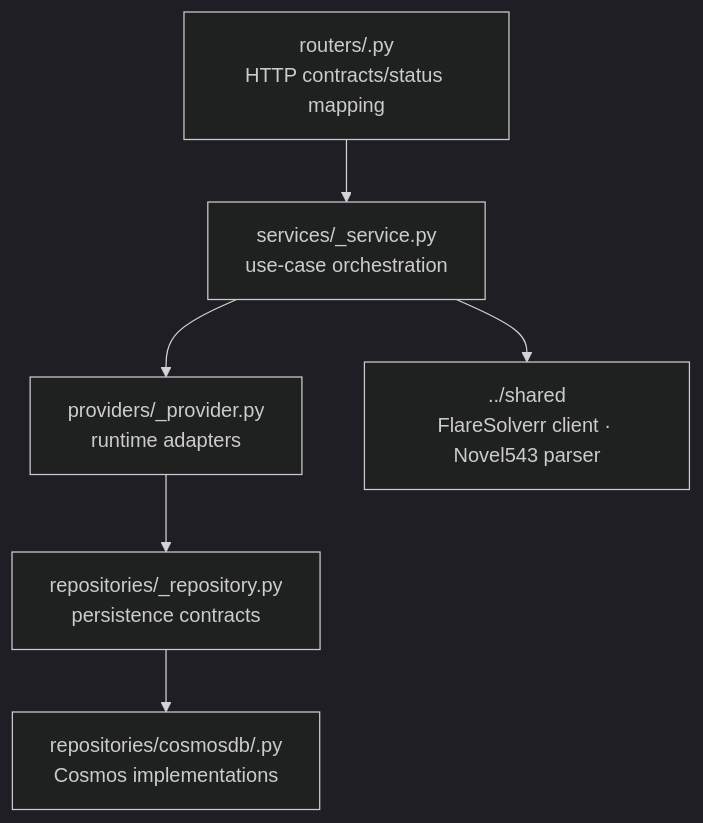
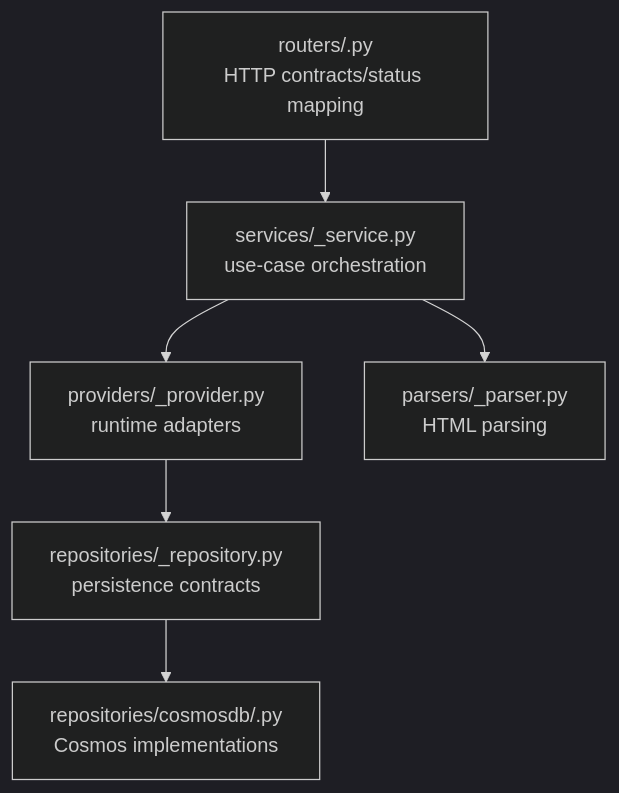
One commit to datntdev0/toolbox-media-studio changed the second of 2 diagrams in srcs/api/README.md. Above: the diagram before and after it, drawn with Mermaid (dark theme). The commit also changed other lines of this file and 22 other files, not shown here.

````diff
--- a/srcs/api/README.md
+++ b/srcs/api/README.md
@@ -68,13 +66,13 @@
 ```mermaid
 flowchart TB
     R["routers/<feature>.py<br/>HTTP contracts/status mapping"]
     S["services/<feature>_service.py<br/>use-case orchestration"]
     P["providers/<adapter>_provider.py<br/>runtime adapters"]
+    Parsers["parsers/<site>_parser.py<br/>HTML parsing"]
     Repo["repositories/<entity>_repository.py<br/>persistence contracts"]
     Cosmos["repositories/cosmosdb/<entity>.py<br/>Cosmos implementations"]
-    Shared["../shared<br/>FlareSolverr client · Novel543 parser"]
 
     R --> S
     S --> P --> Repo --> Cosmos
-    S --> Shared
+    S --> Parsers
 ```
````
